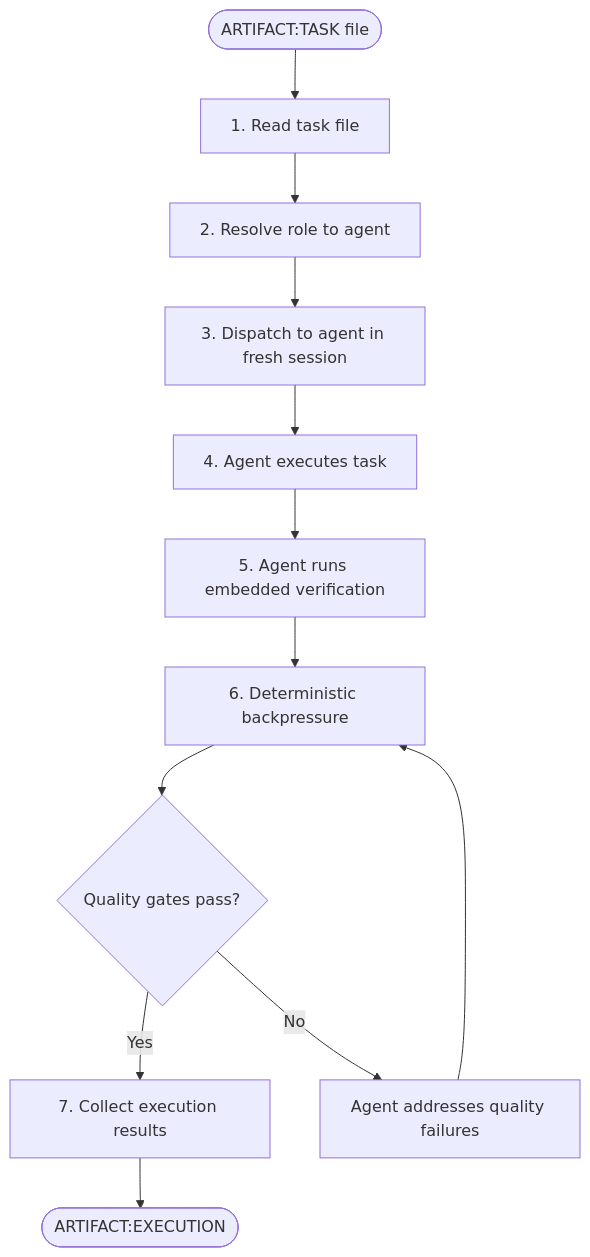
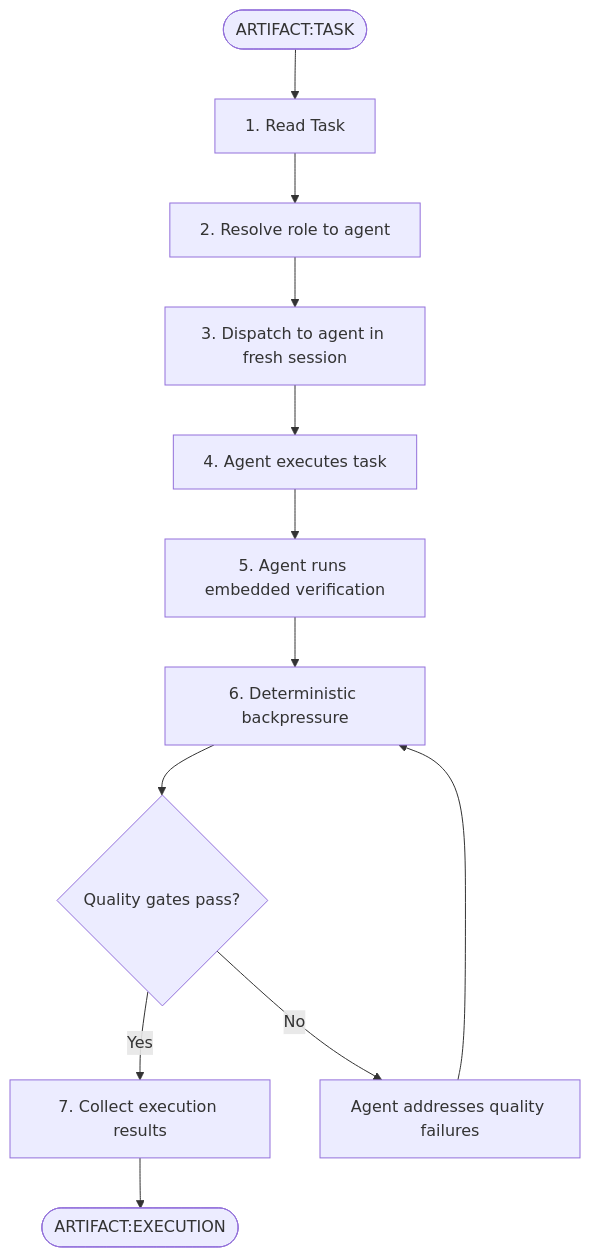
The first of 2 diagrams in plugins/development-harness/skills/execution/SKILL.md (Jamie-BitFlight/claude_skills), drawn with Mermaid before and after one commit. The commit also changed other lines of this file and 58 other files, not shown here.

````diff
--- a/plugins/development-harness/skills/execution/SKILL.md
+++ b/plugins/development-harness/skills/execution/SKILL.md
@@ -30,14 +30,14 @@
 ```mermaid
 flowchart TD
-    Start([ARTIFACT:TASK file]) --> R1[1. Read task file]
+    Start([ARTIFACT:TASK]) --> R1[1. Read Task]
     R1 --> R2[2. Resolve role to agent]
     R2 --> R3[3. Dispatch to agent in fresh session]
     R3 --> R4[4. Agent executes task]
     R4 --> R5[5. Agent runs embedded verification]
     R5 --> BP[6. Deterministic backpressure]
     BP --> Q{Quality gates pass?}
     Q -->|Yes| Collect[7. Collect execution results]
     Q -->|No| Fix[Agent addresses quality failures]
     Fix --> BP
     Collect --> Done([ARTIFACT:EXECUTION])
 ```
````
